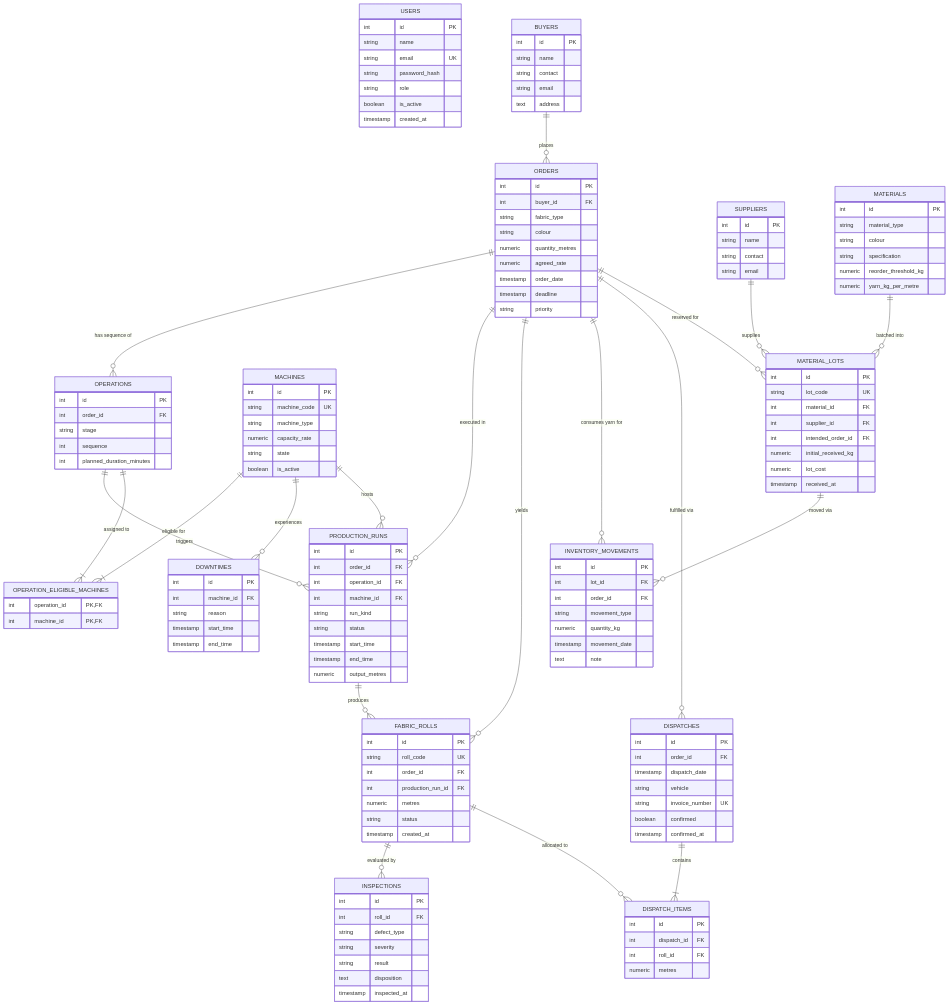
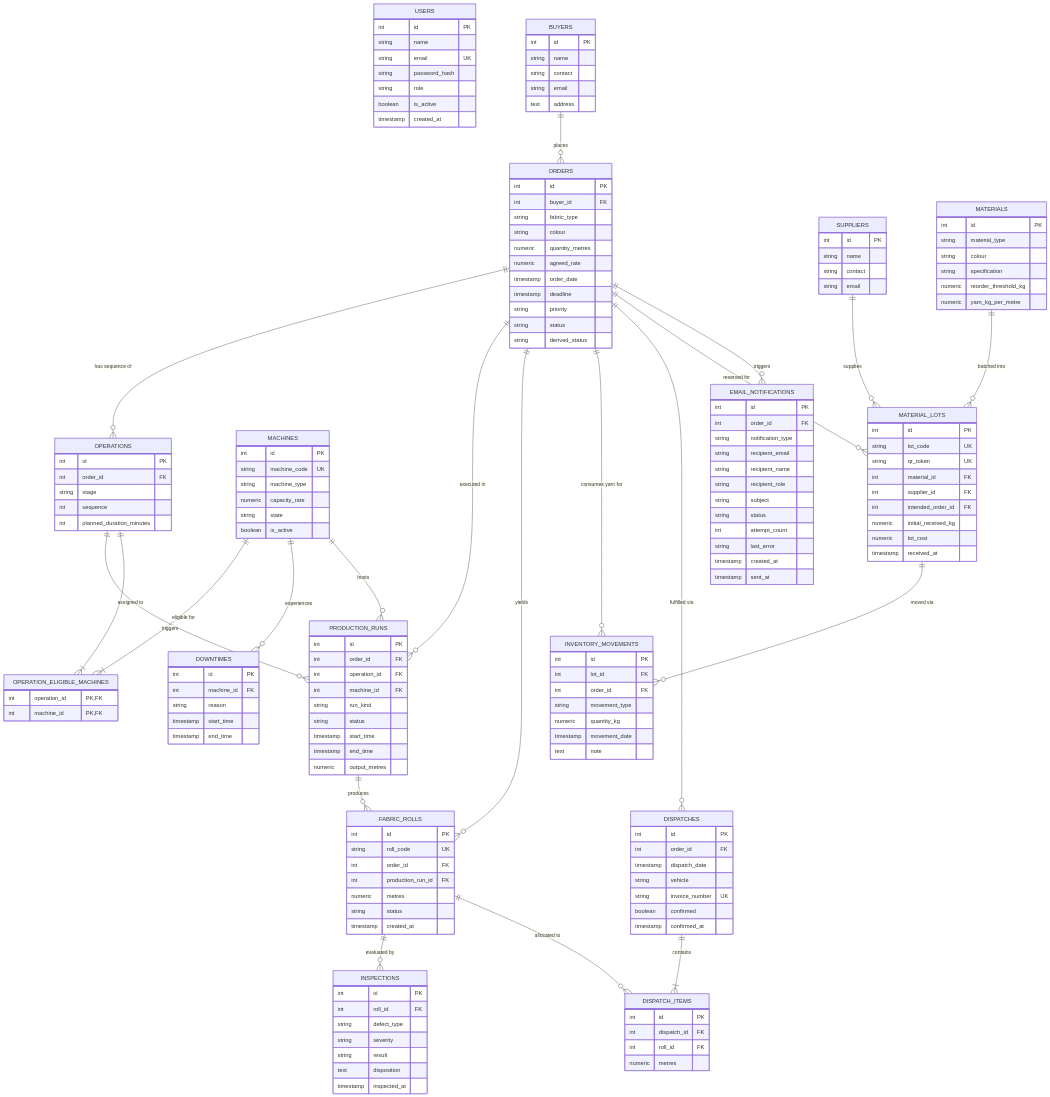
The second of 2 diagrams in README.md (Likith-java/Code-Ninjas), drawn with Mermaid before and after one commit. The commit also changed other lines of this file, not shown here.

```diff
--- a/README.md
+++ b/README.md
@@ -148,6 +157,8 @@
         timestamp order_date
         timestamp deadline
         string priority
+        string status
+        string derived_status
     }
 
     OPERATIONS {
@@ -211,6 +222,7 @@
     MATERIAL_LOTS {
         int id PK
         string lot_code UK
+        string qr_token UK
         int material_id FK
         int supplier_id FK
         int intended_order_id FK
@@ -266,6 +278,21 @@
         numeric metres
     }
 
+    EMAIL_NOTIFICATIONS {
+        int id PK
+        int order_id FK
+        string notification_type
+        string recipient_email
+        string recipient_name
+        string recipient_role
+        string subject
+        string status
+        int attempt_count
+        string last_error
+        timestamp created_at
+        timestamp sent_at
+    }
+
     %% Relationships
     BUYERS ||--o{ ORDERS : "places"
     ORDERS ||--o{ OPERATIONS : "has sequence of"
@@ -274,6 +301,7 @@
     ORDERS ||--o{ INVENTORY_MOVEMENTS : "consumes yarn for"
     ORDERS ||--o{ DISPATCHES : "fulfilled via"
     ORDERS ||--o{ MATERIAL_LOTS : "reserved for"
+    ORDERS ||--o{ EMAIL_NOTIFICATIONS : "triggers"
 
     OPERATIONS ||--o{ PRODUCTION_RUNS : "triggers"
     OPERATIONS ||--|{ OPERATION_ELIGIBLE_MACHINES : "assigned to"
```
